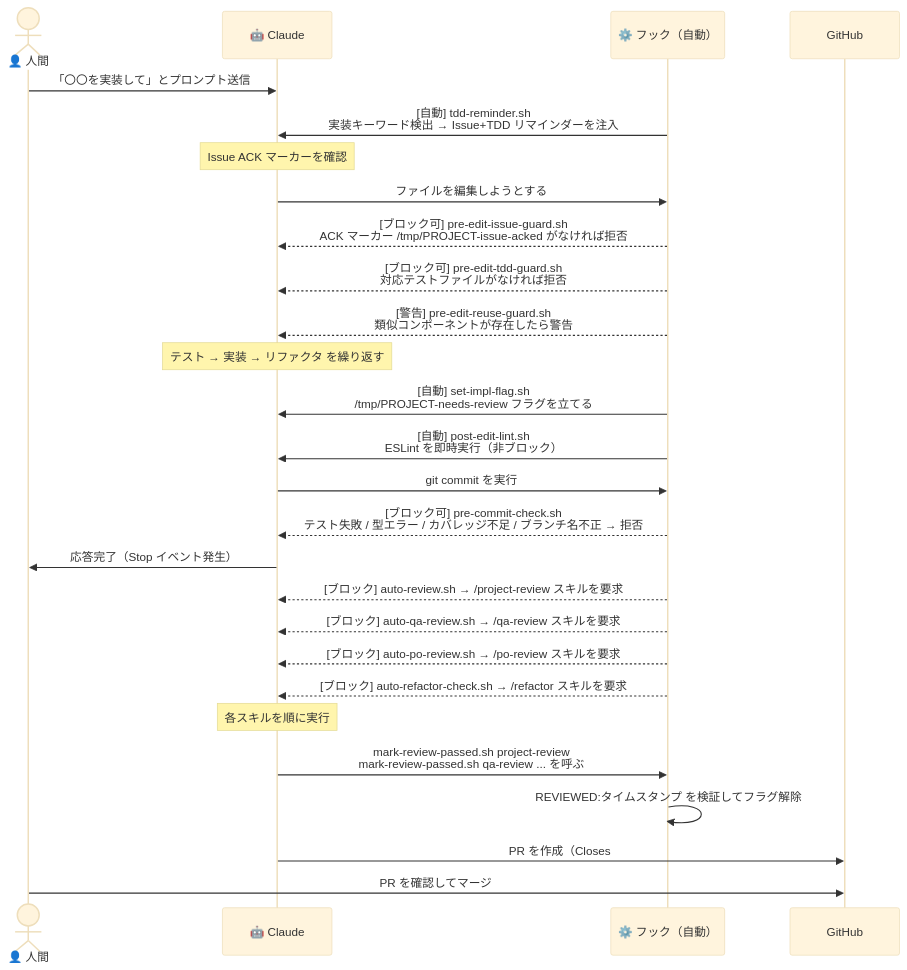
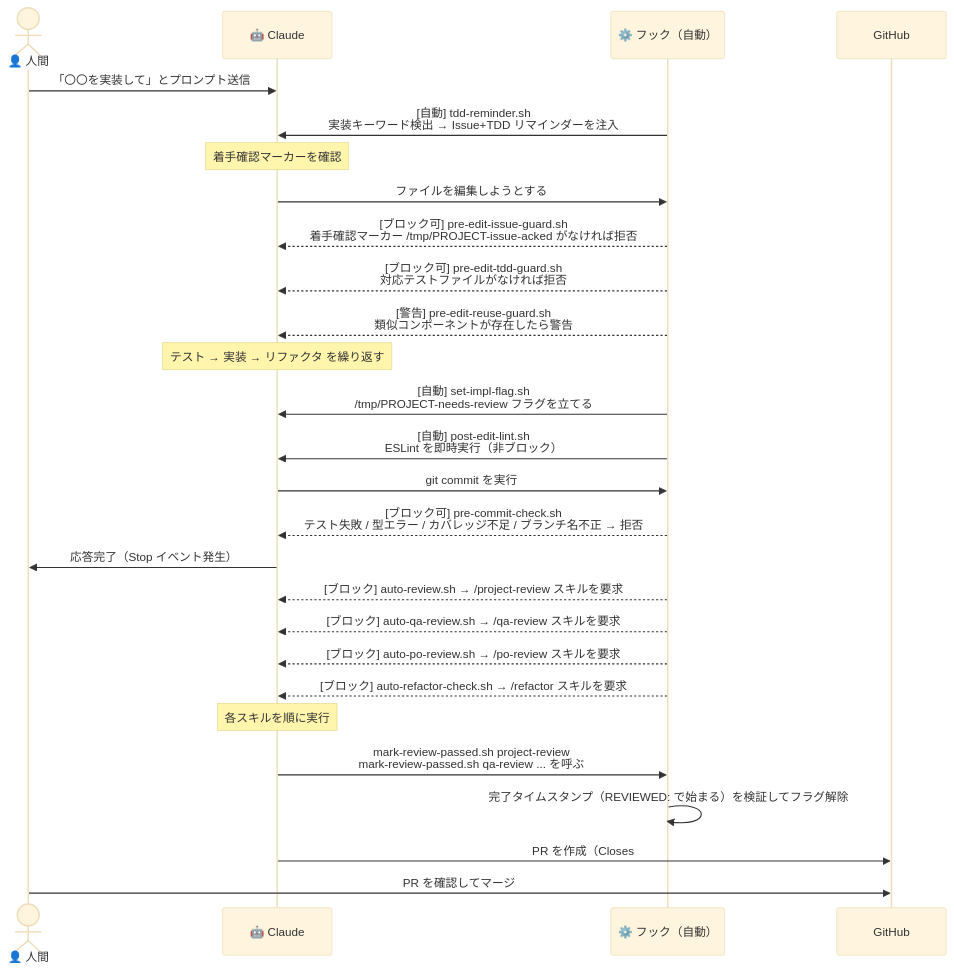
One commit to m-kuwata/claude-project-template changed the second of 3 diagrams in README.md. Above: the diagram before and after it, drawn with Mermaid (base theme). The commit also changed other lines of this file, not shown here.

First line of the commit message:
docs: ACK 等の専門用語を日本語に置き換え、説明を平易化

````diff
--- a/README.md
+++ b/README.md
@@ -91,36 +91,36 @@
 ```mermaid
 sequenceDiagram
     actor Human as 👤 人間
     participant Claude as 🤖 Claude
     participant Hook as ⚙️ フック（自動）
     participant GitHub as GitHub
 
     Human->>Claude: 「〇〇を実装して」とプロンプト送信
     Hook->>Claude: [自動] tdd-reminder.sh<br/>実装キーワード検出 → Issue+TDD リマインダーを注入
 
-    Note over Claude: Issue ACK マーカーを確認
+    Note over Claude: 着手確認マーカーを確認
     Claude->>Hook: ファイルを編集しようとする
-    Hook-->>Claude: [ブロック可] pre-edit-issue-guard.sh<br/>ACK マーカー /tmp/PROJECT-issue-acked がなければ拒否
+    Hook-->>Claude: [ブロック可] pre-edit-issue-guard.sh<br/>着手確認マーカー /tmp/PROJECT-issue-acked がなければ拒否
     Hook-->>Claude: [ブロック可] pre-edit-tdd-guard.sh<br/>対応テストファイルがなければ拒否
     Hook-->>Claude: [警告] pre-edit-reuse-guard.sh<br/>類似コンポーネントが存在したら警告
 
     Note over Claude: テスト → 実装 → リファクタ を繰り返す
     Hook->>Claude: [自動] set-impl-flag.sh<br/>/tmp/PROJECT-needs-review フラグを立てる
     Hook->>Claude: [自動] post-edit-lint.sh<br/>ESLint を即時実行（非ブロック）
 
     Claude->>Hook: git commit を実行
     Hook-->>Claude: [ブロック可] pre-commit-check.sh<br/>テスト失敗 / 型エラー / カバレッジ不足 / ブランチ名不正 → 拒否
 
     Claude->>Human: 応答完了（Stop イベント発生）
     Hook-->>Claude: [ブロック] auto-review.sh → /project-review スキルを要求
     Hook-->>Claude: [ブロック] auto-qa-review.sh → /qa-review スキルを要求
     Hook-->>Claude: [ブロック] auto-po-review.sh → /po-review スキルを要求
     Hook-->>Claude: [ブロック] auto-refactor-check.sh → /refactor スキルを要求
 
     Note over Claude: 各スキルを順に実行
     Claude->>Hook: mark-review-passed.sh project-review<br/>mark-review-passed.sh qa-review ... を呼ぶ
-    Hook->>Hook: REVIEWED:タイムスタンプ を検証してフラグ解除
+    Hook->>Hook: 完了タイムスタンプ（REVIEWED: で始まる）を検証してフラグ解除
 
     Claude->>GitHub: PR を作成（Closes #N）
     Human->>GitHub: PR を確認してマージ
 ```
````
